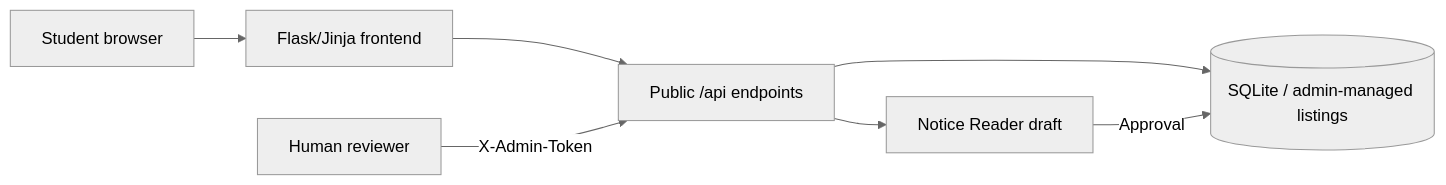
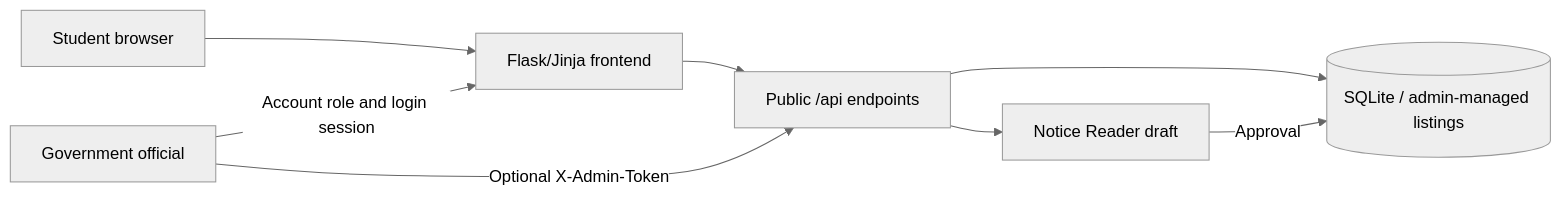
One commit to franklinannan001/BURSARY_RADAR changed the diagram in README.md. Above: the diagram before and after it, drawn with Mermaid (neutral theme). The commit also changed other lines of this file and 15 other files, not shown here.

````diff
--- a/README.md
+++ b/README.md
@@ -19,9 +19,10 @@
 ```mermaid
 flowchart LR
   Student[Student browser] --> Flask[Flask/Jinja frontend]
   Flask --> API["Public /api endpoints"]
   API --> SQLite[(SQLite / admin-managed listings)]
-  Admin[Human reviewer] -->|X-Admin-Token| API
+  Admin[Government official] -->|Account role and login session| Flask
+  Admin -->|Optional X-Admin-Token| API
   API --> Draft[Notice Reader draft]
   Draft -->|Approval| SQLite
 ```
````
